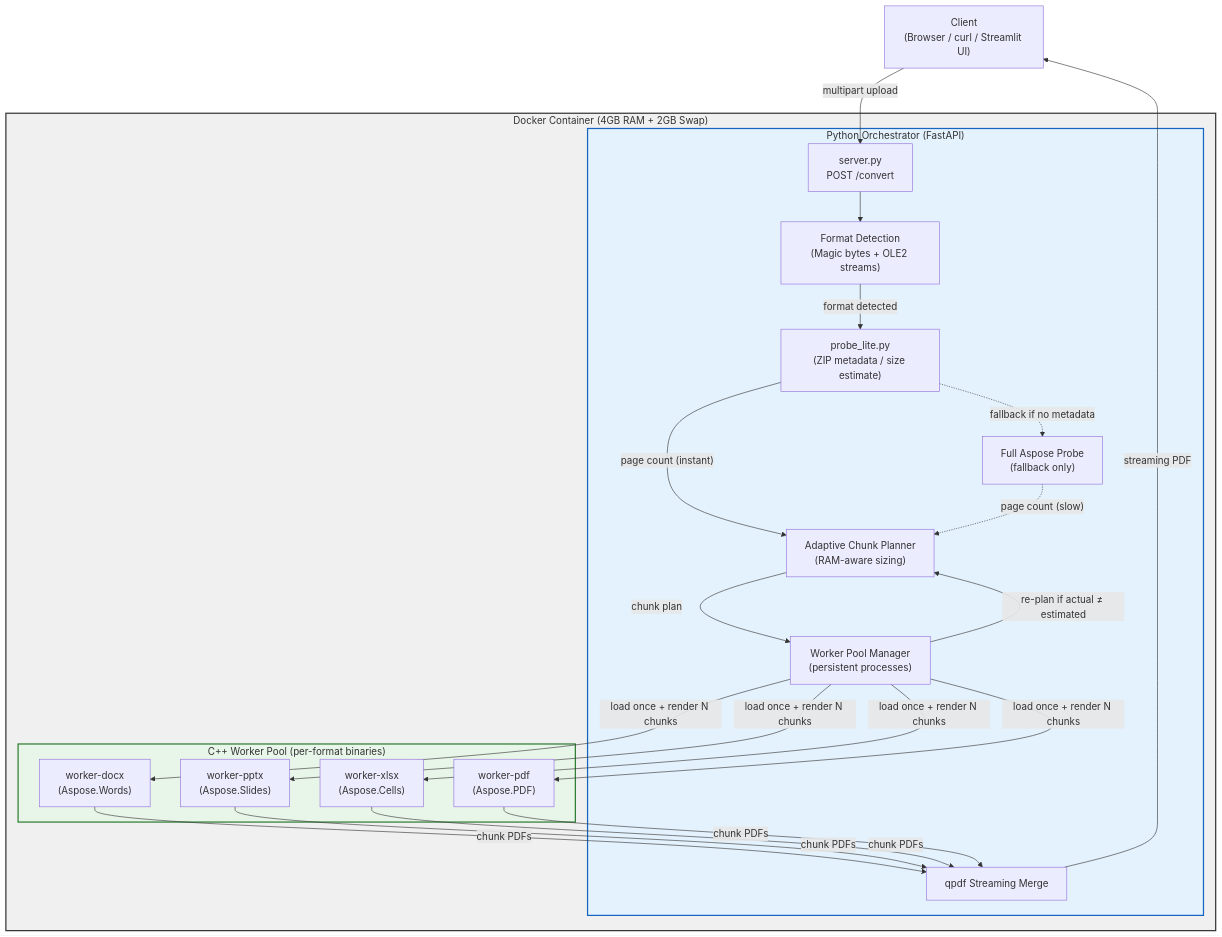
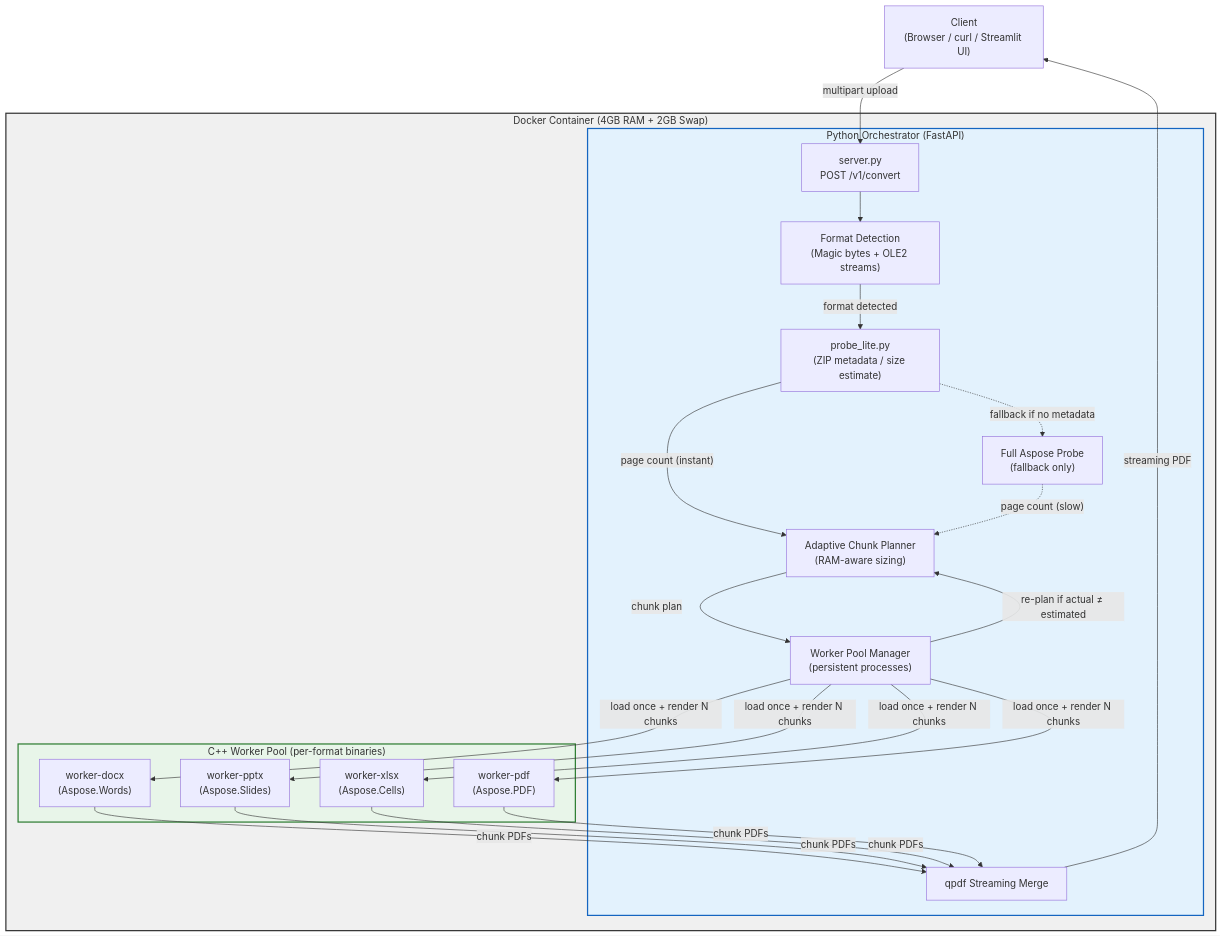
One commit to adityawagh1710/document-uploader-aspose-total-demo changed the first of 4 diagrams in aidlc-docs/construction/office-converter/architecture-diagram.md. Above: the diagram before and after it, drawn with Mermaid. The commit also changed other lines of this file and 8 other files, not shown here.

````diff
--- a/aidlc-docs/construction/office-converter/architecture-diagram.md
+++ b/aidlc-docs/construction/office-converter/architecture-diagram.md
@@ -5,45 +5,45 @@
 ```mermaid
 flowchart TD
     Client["Client<br/>(Browser / curl / Streamlit UI)"]
 
     subgraph CONTAINER["Docker Container (4GB RAM + 2GB Swap)"]
         subgraph PYTHON["Python Orchestrator (FastAPI)"]
-            Server["server.py<br/>POST /convert"]
+            Server["server.py<br/>POST /v1/convert"]
             FormatDetect["Format Detection<br/>(Magic bytes + OLE2 streams)"]
             ProbeLite["probe_lite.py<br/>(ZIP metadata / size estimate)"]
             Probe["Full Aspose Probe<br/>(fallback only)"]
             AdaptiveChunk["Adaptive Chunk Planner<br/>(RAM-aware sizing)"]
             Pool["Worker Pool Manager<br/>(persistent processes)"]
             Merge["qpdf Streaming Merge"]
         end
 
         subgraph WORKERS["C++ Worker Pool (per-format binaries)"]
             W1["worker-docx<br/>(Aspose.Words)"]
             W2["worker-pptx<br/>(Aspose.Slides)"]
             W3["worker-xlsx<br/>(Aspose.Cells)"]
             W4["worker-pdf<br/>(Aspose.PDF)"]
         end
     end
 
     Client -->|"multipart upload"| Server
     Server --> FormatDetect
     FormatDetect -->|"format detected"| ProbeLite
     ProbeLite -->|"page count (instant)"| AdaptiveChunk
     ProbeLite -.->|"fallback if no metadata"| Probe
     Probe -.->|"page count (slow)"| AdaptiveChunk
     AdaptiveChunk -->|"chunk plan"| Pool
     Pool -->|"load once + render N chunks"| W1
     Pool -->|"load once + render N chunks"| W2
     Pool -->|"load once + render N chunks"| W3
     Pool -->|"load once + render N chunks"| W4
     Pool -->|"re-plan if actual ≠ estimated"| AdaptiveChunk
     W1 -->|"chunk PDFs"| Merge
     W2 -->|"chunk PDFs"| Merge
     W3 -->|"chunk PDFs"| Merge
     W4 -->|"chunk PDFs"| Merge
     Merge -->|"streaming PDF"| Client
 
     style CONTAINER fill:#f0f0f0,stroke:#333,stroke-width:2px
     style PYTHON fill:#e3f2fd,stroke:#1565c0,stroke-width:2px
     style WORKERS fill:#e8f5e9,stroke:#2e7d32,stroke-width:2px
 ```
````
